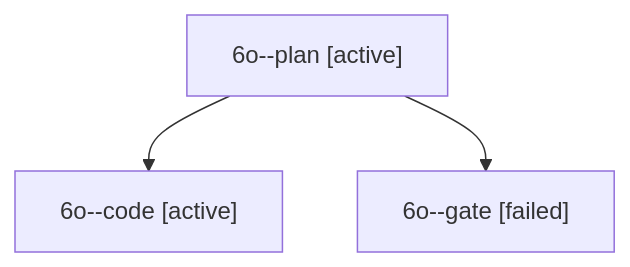
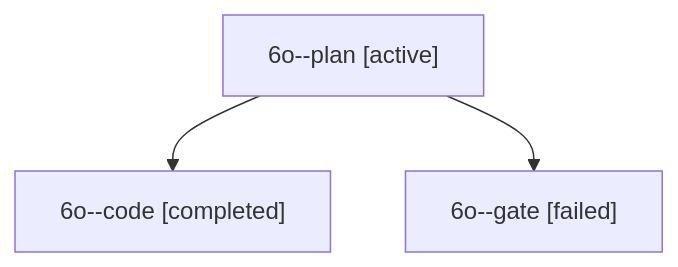
One commit to bobs-org/bob-cli--agents changed the diagram in sessions/bbugyi200.apollo.6o.md. Above: the diagram before and after it, drawn with Mermaid. The commit also changed other lines of this file and 16 other files, not shown here.

````diff
--- a/sessions/bbugyi200.apollo.6o.md
+++ b/sessions/bbugyi200.apollo.6o.md
@@ -9,8 +9,8 @@
 ```mermaid
 flowchart TD
   n0["6o--plan [active]"]
-  n1["6o--code [active]"]
+  n1["6o--code [completed]"]
   n0 --> n1
   n2["6o--gate [failed]"]
   n0 --> n2
 ```
````
